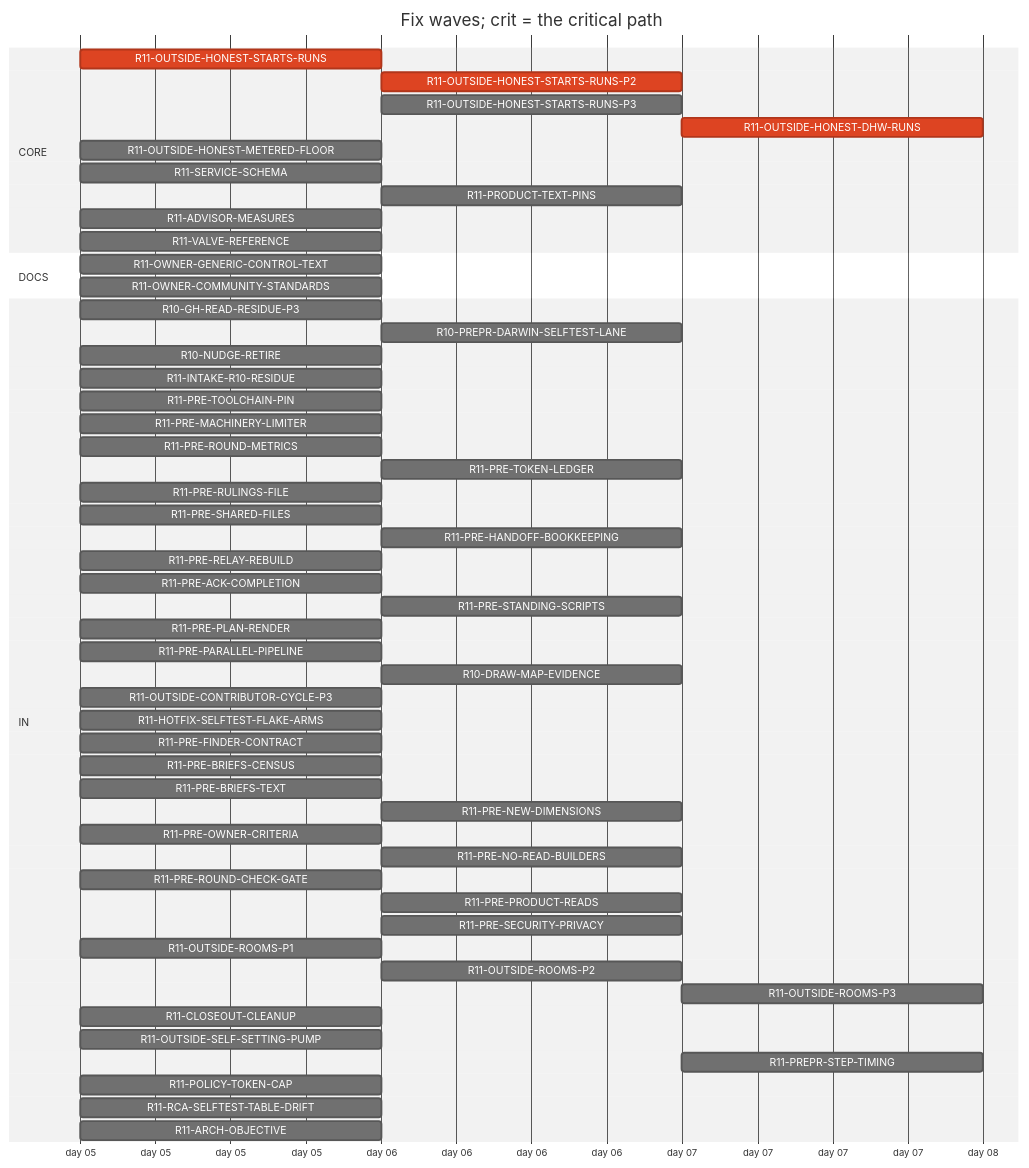
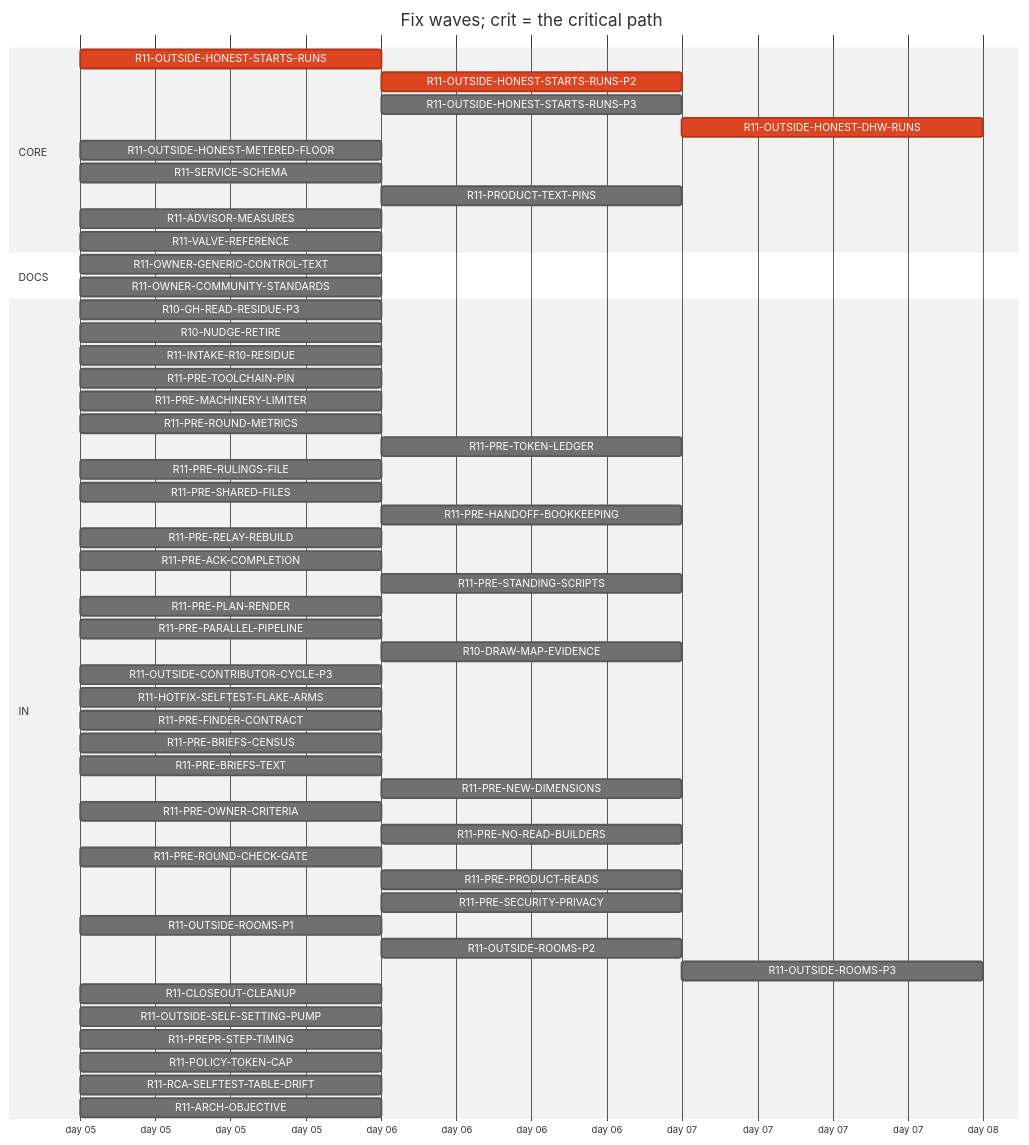
Before and after one commit to tvofi/heatpump_optimizer: the diagram in handoff/round11/state/PLAN-TABLE.md, drawn with Mermaid (neutral theme). The commit also changed other lines of this file and 4 other files, not shown here.

Commit message:
state: FLOW-BOARD.md, NEXT-SESSION-PROMPT.md, PLAN-TABLE.md, PLAN.html, RESUME-CURRENT.md regenerated (state_docs.py)

````diff
--- a/handoff/round11/state/PLAN-TABLE.md
+++ b/handoff/round11/state/PLAN-TABLE.md
@@ -16,57 +16,56 @@
 ```mermaid
 gantt
   title Fix waves; crit = the critical path
   dateFormat YYYY-MM-DD
   axisFormat day %d
   section CORE
     R11-OUTSIDE-HONEST-STARTS-RUNS :crit, r11OUTSIDEHONESTSTARTSRUNS, 2026-01-05, 1d
     R11-OUTSIDE-HONEST-STARTS-RUNS-P2 :crit, r11OUTSIDEHONESTSTARTSRUNSP2, after r11OUTSIDEHONESTSTARTSRUNS, 1d
     R11-OUTSIDE-HONEST-STARTS-RUNS-P3 :r11OUTSIDEHONESTSTARTSRUNSP3, after r11OUTSIDEHONESTSTARTSRUNS, 1d
     R11-OUTSIDE-HONEST-DHW-RUNS :crit, r11OUTSIDEHONESTDHWRUNS, after r11OUTSIDEHONESTSTARTSRUNS r11OUTSIDEHONESTSTARTSRUNSP2, 1d
     R11-OUTSIDE-HONEST-METERED-FLOOR :r11OUTSIDEHONESTMETEREDFLOOR, 2026-01-05, 1d
     R11-SERVICE-SCHEMA :r11SERVICESCHEMA, 2026-01-05, 1d
     R11-PRODUCT-TEXT-PINS :r11PRODUCTTEXTPINS, after r11OUTSIDEROOMSP1, 1d
     R11-ADVISOR-MEASURES :r11ADVISORMEASURES, 2026-01-05, 1d
     R11-VALVE-REFERENCE :r11VALVEREFERENCE, 2026-01-05, 1d
   section DOCS
     R11-OWNER-GENERIC-CONTROL-TEXT :r11OWNERGENERICCONTROLTEXT, 2026-01-05, 1d
     R11-OWNER-COMMUNITY-STANDARDS :r11OWNERCOMMUNITYSTANDARDS, 2026-01-05, 1d
   section IN
     R10-GH-READ-RESIDUE-P3 :r10GHREADRESIDUEP3, 2026-01-05, 1d
-    R10-PREPR-DARWIN-SELFTEST-LANE :r10PREPRDARWINSELFTESTLANE, after r10GHREADRESIDUEP3, 1d
     R10-NUDGE-RETIRE :r10NUDGERETIRE, 2026-01-05, 1d
     R11-INTAKE-R10-RESIDUE :r11INTAKER10RESIDUE, 2026-01-05, 1d
     R11-PRE-TOOLCHAIN-PIN :r11PRETOOLCHAINPIN, 2026-01-05, 1d
     R11-PRE-MACHINERY-LIMITER :r11PREMACHINERYLIMITER, 2026-01-05, 1d
     R11-PRE-ROUND-METRICS :r11PREROUNDMETRICS, 2026-01-05, 1d
     R11-PRE-TOKEN-LEDGER :r11PRETOKENLEDGER, after r10GHREADRESIDUEP3, 1d
     R11-PRE-RULINGS-FILE :r11PRERULINGSFILE, 2026-01-05, 1d
     R11-PRE-SHARED-FILES :r11PRESHAREDFILES, 2026-01-05, 1d
     R11-PRE-HANDOFF-BOOKKEEPING :r11PREHANDOFFBOOKKEEPING, after r11PRERELAYREBUILD, 1d
     R11-PRE-RELAY-REBUILD :r11PRERELAYREBUILD, 2026-01-05, 1d
     R11-PRE-ACK-COMPLETION :r11PREACKCOMPLETION, 2026-01-05, 1d
     R11-PRE-STANDING-SCRIPTS :r11PRESTANDINGSCRIPTS, after r11PREPARALLELPIPELINE, 1d
     R11-PRE-PLAN-RENDER :r11PREPLANRENDER, 2026-01-05, 1d
     R11-PRE-PARALLEL-PIPELINE :r11PREPARALLELPIPELINE, 2026-01-05, 1d
     R10-DRAW-MAP-EVIDENCE :r10DRAWMAPEVIDENCE, after r11OUTSIDESELFSETTINGPUMP, 1d
     R11-OUTSIDE-CONTRIBUTOR-CYCLE-P3 :r11OUTSIDECONTRIBUTORCYCLEP3, 2026-01-05, 1d
     R11-HOTFIX-SELFTEST-FLAKE-ARMS :r11HOTFIXSELFTESTFLAKEARMS, 2026-01-05, 1d
     R11-PRE-FINDER-CONTRACT :r11PREFINDERCONTRACT, 2026-01-05, 1d
     R11-PRE-BRIEFS-CENSUS :r11PREBRIEFSCENSUS, 2026-01-05, 1d
     R11-PRE-BRIEFS-TEXT :r11PREBRIEFSTEXT, 2026-01-05, 1d
     R11-PRE-NEW-DIMENSIONS :r11PRENEWDIMENSIONS, after r11PREFINDERCONTRACT r11PREBRIEFSCENSUS, 1d
     R11-PRE-OWNER-CRITERIA :r11PREOWNERCRITERIA, 2026-01-05, 1d
     R11-PRE-NO-READ-BUILDERS :r11PRENOREADBUILDERS, after r11PREMACHINERYLIMITER, 1d
     R11-PRE-ROUND-CHECK-GATE :r11PREROUNDCHECKGATE, 2026-01-05, 1d
     R11-PRE-PRODUCT-READS :r11PREPRODUCTREADS, after r11PREBRIEFSCENSUS, 1d
     R11-PRE-SECURITY-PRIVACY :r11PRESECURITYPRIVACY, after r11PREFINDERCONTRACT r11PREBRIEFSCENSUS, 1d
     R11-OUTSIDE-ROOMS-P1 :r11OUTSIDEROOMSP1, 2026-01-05, 1d
     R11-OUTSIDE-ROOMS-P2 :r11OUTSIDEROOMSP2, after r11OUTSIDEROOMSP1, 1d
     R11-OUTSIDE-ROOMS-P3 :r11OUTSIDEROOMSP3, after r11OUTSIDEROOMSP2, 1d
     R11-CLOSEOUT-CLEANUP :r11CLOSEOUTCLEANUP, 2026-01-05, 1d
     R11-OUTSIDE-SELF-SETTING-PUMP :r11OUTSIDESELFSETTINGPUMP, 2026-01-05, 1d
-    R11-PREPR-STEP-TIMING :r11PREPRSTEPTIMING, after r10PREPRDARWINSELFTESTLANE, 1d
+    R11-PREPR-STEP-TIMING :r11PREPRSTEPTIMING, 2026-01-05, 1d
     R11-POLICY-TOKEN-CAP :r11POLICYTOKENCAP, 2026-01-05, 1d
     R11-RCA-SELFTEST-TABLE-DRIFT :r11RCASELFTESTTABLEDRIFT, 2026-01-05, 1d
     R11-ARCH-OBJECTIVE :r11ARCHOBJECTIVE, 2026-01-05, 1d
 ```
````
